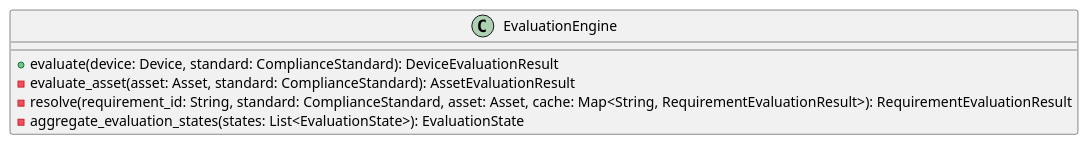
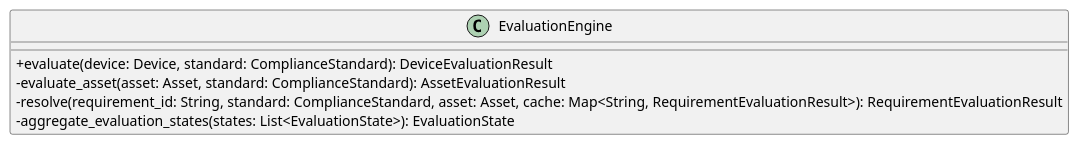
One commit to GroupRubberDuck/Documentazione changed the diagram in src/PB/DocumentazioneEsterna/Specifica_Tecnica/content/uml/puml/Diagrammi_classi/Backend/Domain/EvaluationEngine.puml. Above: the diagram before and after it, drawn with PlantUML. The commit also changed 92 other files, not shown here.

```diff
--- a/src/PB/DocumentazioneEsterna/Specifica_Tecnica/content/uml/puml/Diagrammi_classi/Backend/Domain/EvaluationEngine.puml
+++ b/src/PB/DocumentazioneEsterna/Specifica_Tecnica/content/uml/puml/Diagrammi_classi/Backend/Domain/EvaluationEngine.puml
@@ -1,11 +1,11 @@
 @startuml EvaluationEngine
-
+skinparam ClassAttributeIconSize 0
 class EvaluationEngine {
  
     + evaluate(device: Device, standard: ComplianceStandard): DeviceEvaluationResult
     - evaluate_asset(asset: Asset, standard: ComplianceStandard): AssetEvaluationResult
     - resolve(requirement_id: String, standard: ComplianceStandard, asset: Asset, cache: Map<String, RequirementEvaluationResult>): RequirementEvaluationResult
     - aggregate_evaluation_states(states: List<EvaluationState>): EvaluationState
 }
 
 @enduml
```
